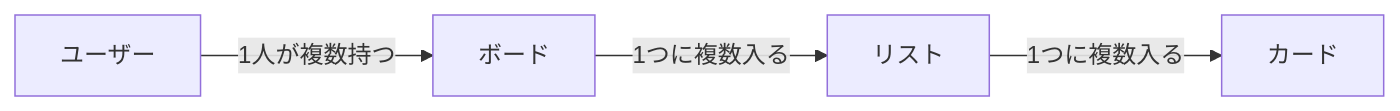
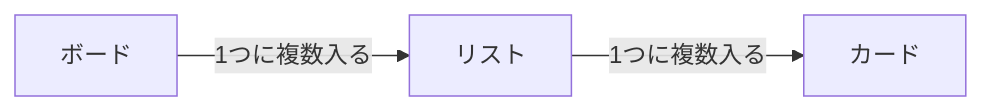
Before and after one commit to major182/TaskManegementTool: the diagram in 01-4_データ要件.md, drawn with Mermaid. The commit also changed other lines of this file and 5 other files, not shown here.

````diff
--- a/01-4_データ要件.md
+++ b/01-4_データ要件.md
@@ -17,6 +19,5 @@
 ```mermaid
 flowchart LR
-    U["ユーザー"] -->|"1人が複数持つ"| B["ボード"]
-    B -->|"1つに複数入る"| L["リスト"]
+    B["ボード"] -->|"1つに複数入る"| L["リスト"]
     L -->|"1つに複数入る"| C["カード"]
 ```
````
